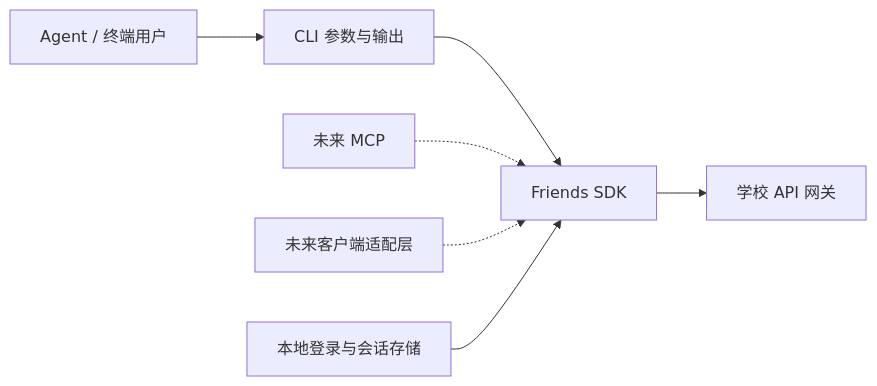
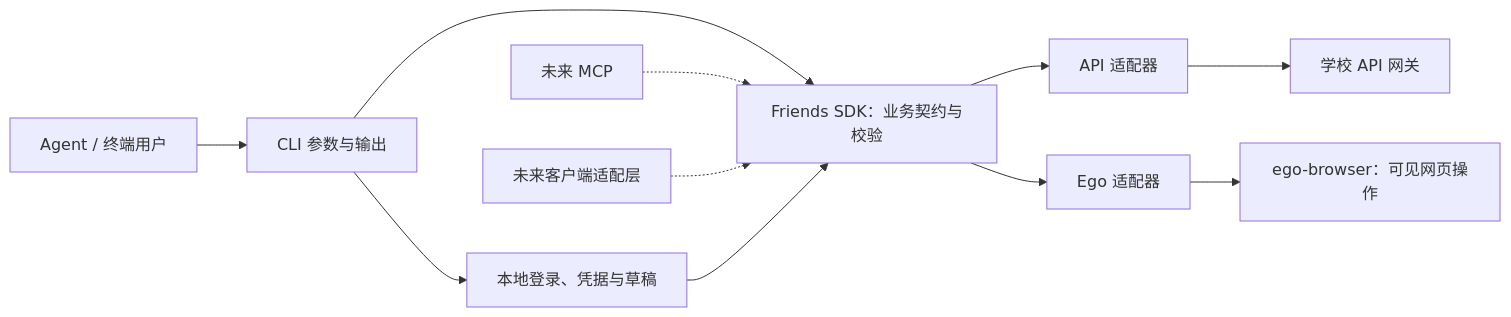
Before and after one commit to cqu-moe/friends-cli: the diagram in docs/plans/2026-10-22-initial-design.md, drawn with Mermaid. The commit also changed other lines of this file and 4 other files, not shown here.

Commit message:
docs: unify Better Auth and design API/Ego workflows

````diff
--- a/docs/plans/2026-10-22-initial-design.md
+++ b/docs/plans/2026-10-22-initial-design.md
@@ -66,9 +70,13 @@
 ```mermaid
 flowchart LR
   Agent[Agent / 终端用户] --> CLI[CLI 参数与输出]
-  CLI --> SDK[Friends SDK]
+  CLI --> SDK[Friends SDK：业务契约与校验]
   MCP[未来 MCP] -.-> SDK
   App[未来客户端适配层] -.-> SDK
-  SDK --> API[学校 API 网关]
-  Login[本地登录与会话存储] --> SDK
+  SDK --> API[API 适配器]
+  SDK --> Ego[Ego 适配器]
+  API --> Gateway[学校 API 网关]
+  Ego --> Browser[ego-browser：可见网页操作]
+  CLI --> Local[本地登录、凭据与草稿]
+  Local --> SDK
 ```
````
